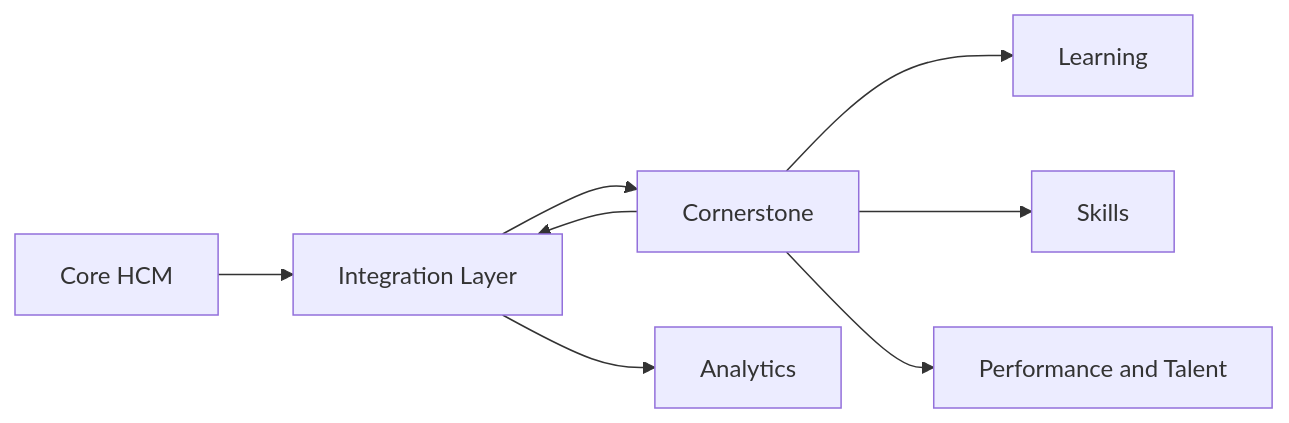
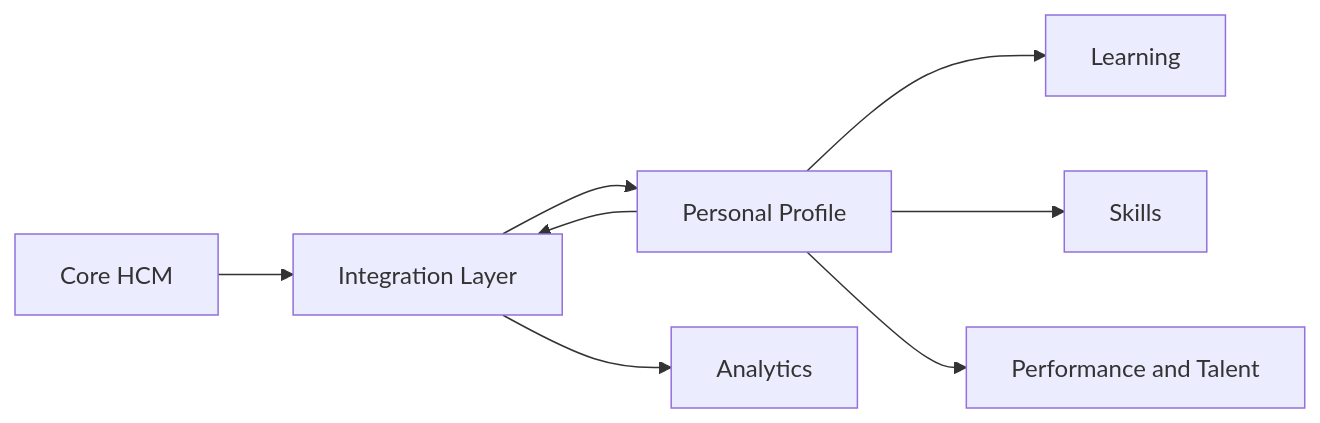
Diagram 12 of 20 in blueprints/HRMS/README.md (banban/architecture-as-code), drawn with Mermaid before and after one commit. The commit also changed other lines of this file, not shown here.

````diff
--- a/blueprints/HRMS/README.md
+++ b/blueprints/HRMS/README.md
@@ -845,18 +845,18 @@
 ```mermaid
 flowchart LR
     HCM[Core HCM]
     INT[Integration Layer]
-    CS[Cornerstone]
+    CS[Personal Profile]
     LMS[Learning]
     SKILLS[Skills]
     PERF[Performance and Talent]
     DATA[Analytics]
 
     HCM --> INT
     INT --> CS
     CS --> LMS
     CS --> SKILLS
     CS --> PERF
     CS --> INT
     INT --> DATA
 ```
````
